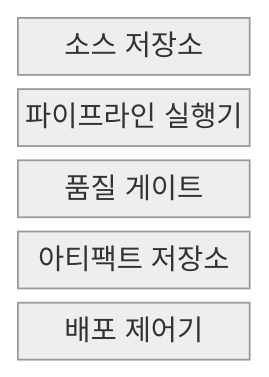
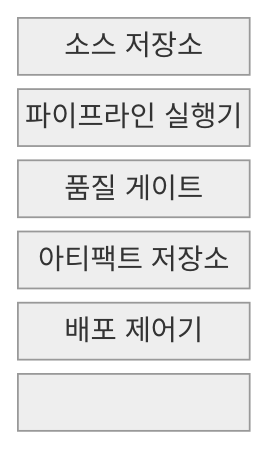
The first of 2 diagrams in src/content/docs/notes/03-software/053_ci_cd_pipeline.md (agnusdei1207/knowledge-base), drawn with Mermaid (neutral theme) before and after one commit. The commit also changed other lines of this file and 238 other files, not shown here.

````diff
--- a/src/content/docs/notes/03-software/053_ci_cd_pipeline.md
+++ b/src/content/docs/notes/03-software/053_ci_cd_pipeline.md
@@ -57,9 +57,11 @@
 ```mermaid
-block
+block-beta
   columns 1
   S["소스 저장소"]
   R["파이프라인 실행기"]
   Q["품질 게이트"]
   A["아티팩트 저장소"]
   D["배포 제어기"]
+  S --- R --- Q
+  Q --- A --- D
 ```
````
